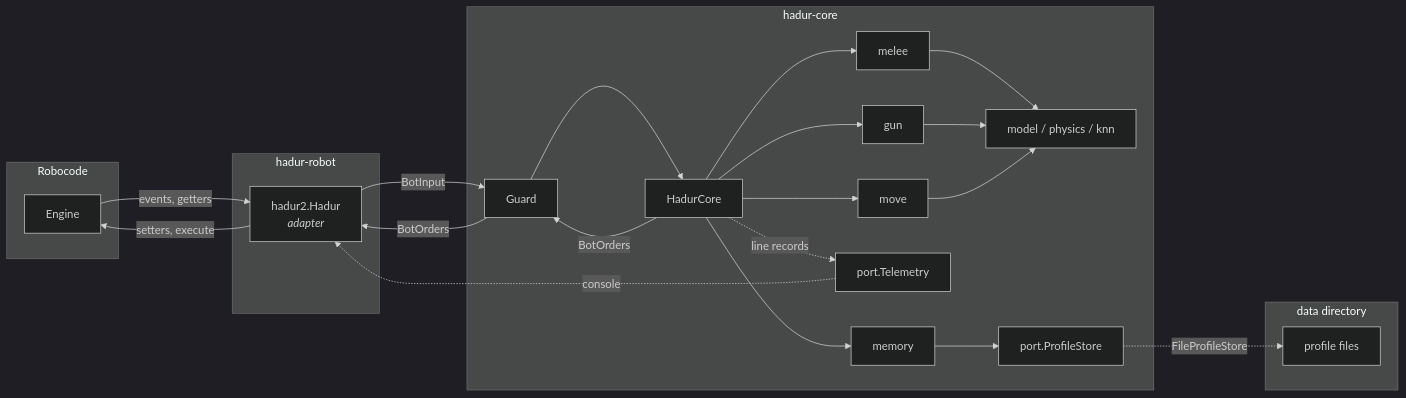
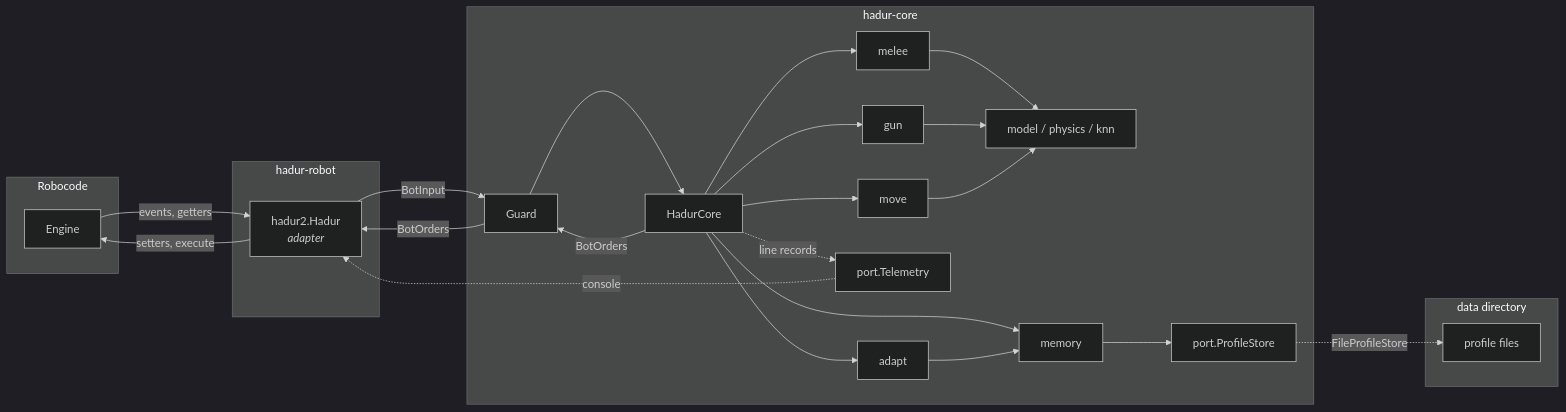
The diagram in docs/architecture.md (lgriffin/Hadur_Robot), drawn with Mermaid (dark theme) before and after one commit. The commit also changed other lines of this file and 47 other files, not shown here.

````diff
--- a/docs/architecture.md
+++ b/docs/architecture.md
@@ -7,38 +7,41 @@
 ```mermaid
 graph LR
     subgraph Robocode
         E[Engine]
     end
     subgraph hadur-robot
         A[hadur2.Hadur<br><i>adapter</i>]
     end
     subgraph hadur-core
         G[Guard]
         C[HadurCore]
         GC[gun]
         MC[move]
         ML[melee]
         M[model / physics / knn]
         T[port.Telemetry]
         MEM[memory]
+        AD[adapt]
         PS[port.ProfileStore]
     end
     subgraph data directory
         F[profile files]
     end
     E -- events, getters --> A
     A -- BotInput --> G
     G --> C
     C --> GC & MC
     C --> ML
     ML --> M
     GC & MC --> M
     C -- BotOrders --> G
     G -- BotOrders --> A
     A -- setters, execute --> E
     C -. line records .-> T
     T -. console .-> A
     C --> MEM
+    C --> AD
+    AD --> MEM
     MEM --> PS
     PS -. FileProfileStore .-> F
 ```
````
